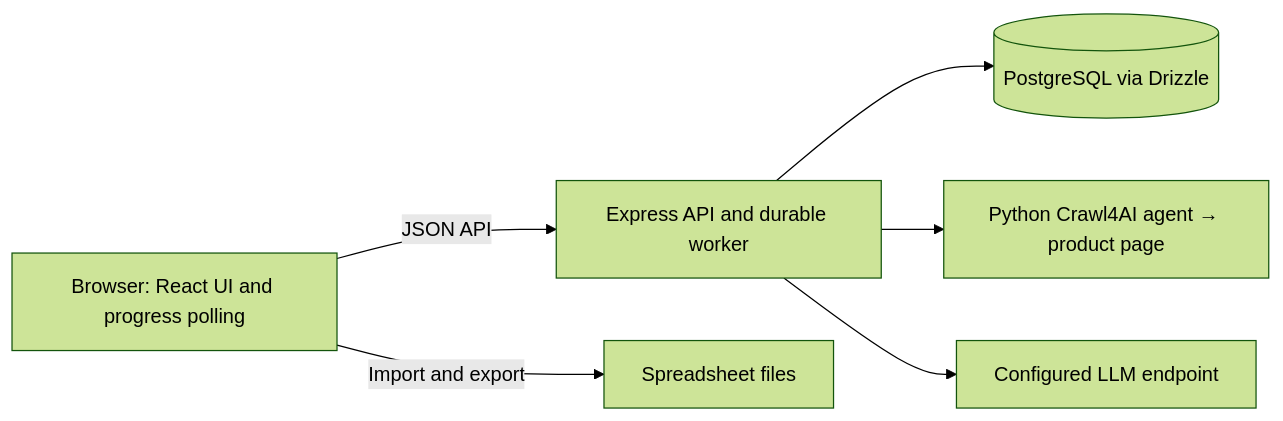
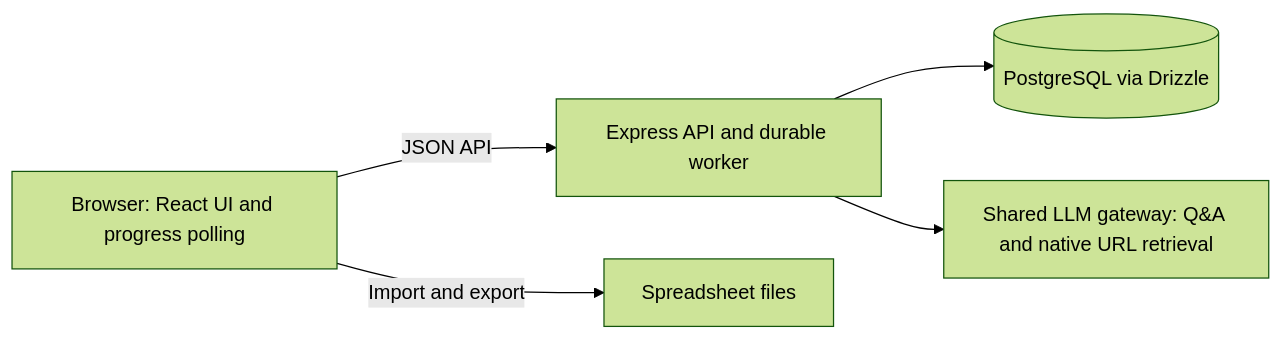
Before and after one commit to cardiojunkie/Paxth_Q.A_Engine: the diagram in README.md, drawn with Mermaid (forest theme). The commit also changed other lines of this file and 23724 other files, not shown here.

````diff
--- a/README.md
+++ b/README.md
@@ -34,8 +34,7 @@
 ```mermaid
 flowchart LR
     B[Browser: React UI and progress polling] -->|JSON API| E[Express API and durable worker]
     B -->|Import and export| X[Spreadsheet files]
     E --> D[(PostgreSQL via Drizzle)]
-    E --> C[Python Crawl4AI agent → product page]
-    E --> M[Configured LLM endpoint]
+    E --> M[Shared LLM gateway: Q&A and native URL retrieval]
 ```
````
